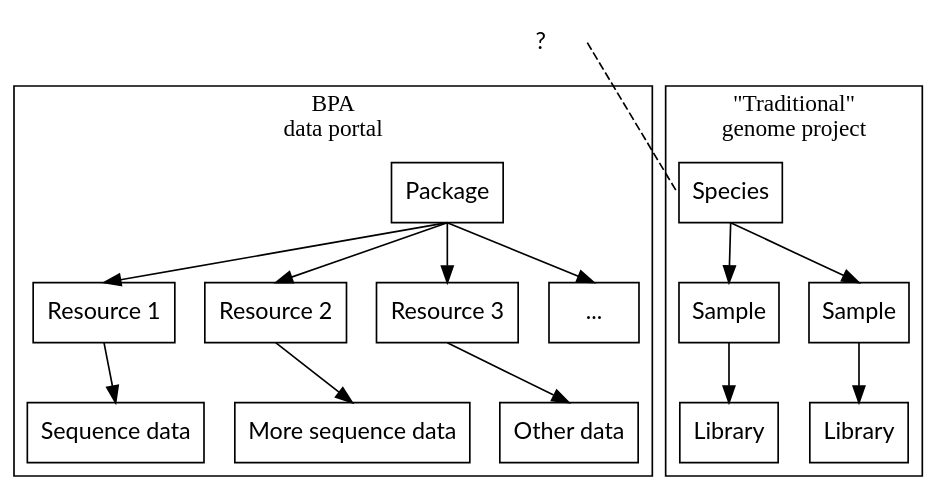
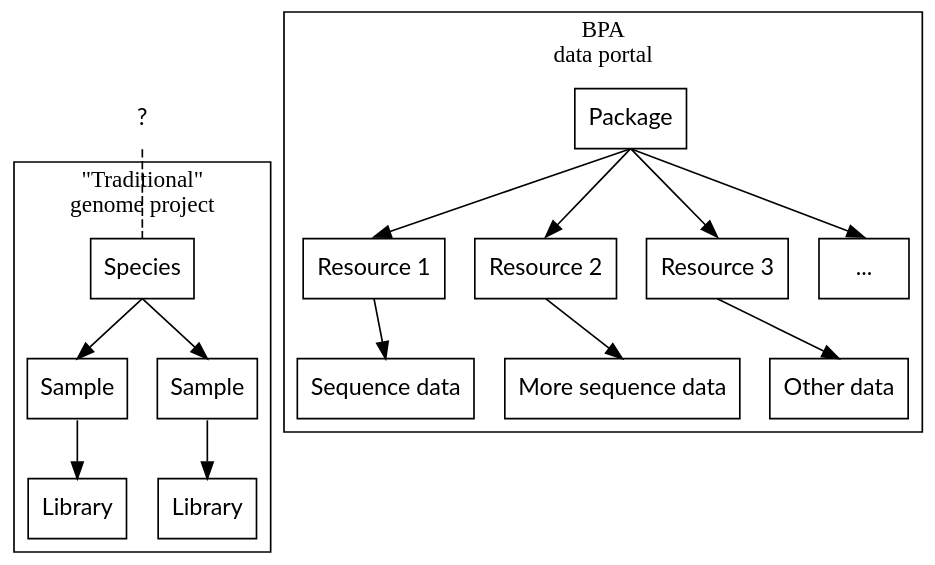
One commit to TomHarrop/bpa_dataportal_downloads changed the diagram in figures/bpa_cf_tom.dot. Above: the diagram before and after it, drawn with Graphviz.

Commit message:
think about joining samples

```diff
--- a/figures/bpa_cf_tom.dot
+++ b/figures/bpa_cf_tom.dot
@@ -1,55 +1,54 @@
 digraph {
     bgcolor = "transparent";
     // margin = 0;
     compound = true;
     splines = false;
     // This attribute applies to the graph itself
     // size = "1,1";
     node [fontname = "lato"; shape="rect"];
 
     bpa_species [label = "?"; color=transparent];
 
     subgraph cluster_bpa {
         label = "BPA\ndata portal";
         Package;
         r1 [label="Resource 1"];
         r2 [label="Resource 2"];
         r3 [label="Resource 3"];
         r4 [label="..."];
 
         d1 [label="Sequence data"];
         d2 [label="More sequence data"];
         d3 [label="Other data"];
 
     }
 
     subgraph cluster_rp {
         label = "\"Traditional\"\ngenome project";
         
         Species;
         s1[label="Sample"];
         s2[label="Sample"]
         l1[label="Library"];
         l2[label="Library"];
     }
 
     // subgraph cluster_BioSample {
     //     label = "BioSample";
 
     //     dummynode [label=""; color=transparent;];
     // }
 
-    bpa_species:s -> Package:n [style=invis];
 
     Package:s -> r1:n, r2:n, r3:n,r4:n;
     r1:s -> d1:n;
     r2:s -> d2:n;
     r3:s -> d3:n
 
-    bpa_species:e -> Species:w [style = dashed; arrowhead = none;];
+    bpa_species -> Species [style = dashed; arrowhead = none;];
 
     Species:s -> s1:n, s2:n;
     s1:s -> l1:n;
     s2:s -> l2:n;
 
 }
```
